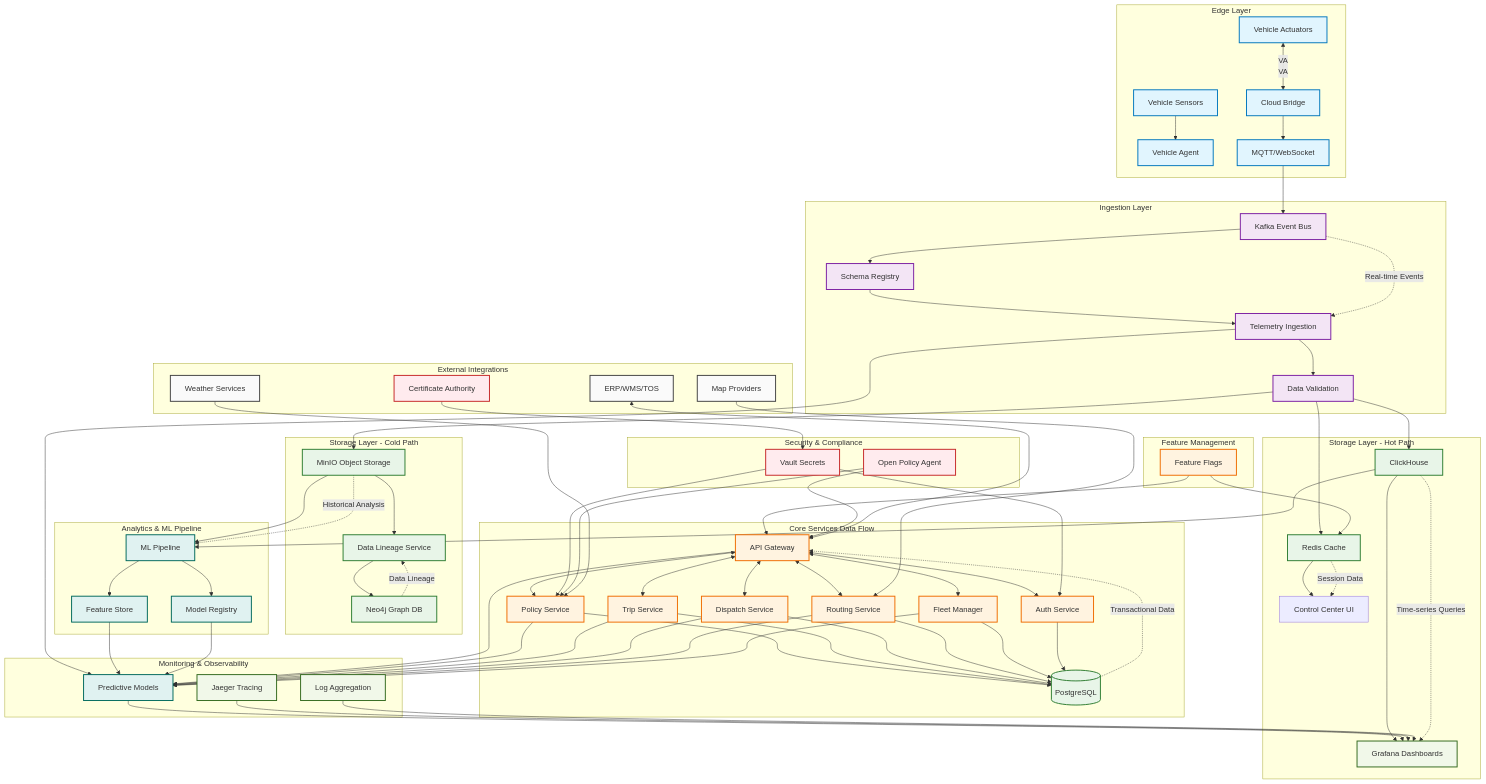
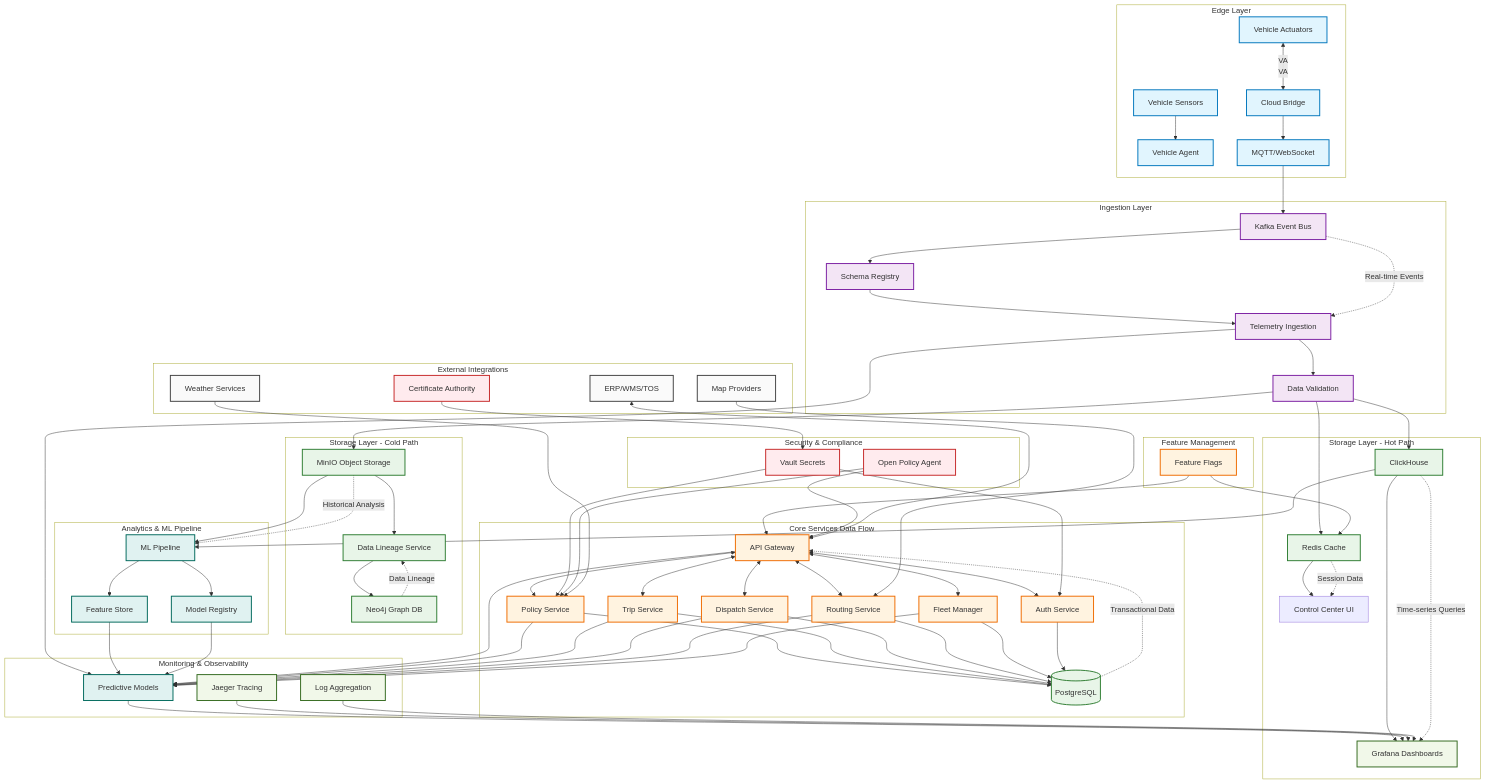
One commit to suprachakra/AtlasMesh-Fleet-OS changed the third of 5 diagrams in README.md. Above: the diagram before and after it, drawn with Mermaid. The commit also changed other lines of this file, not shown here.

````diff
--- a/README.md
+++ b/README.md
@@ -349,4 +354,15 @@
     class PM,JG,LG,GF monitoring
     class ERP,MAP,WX external
     class ML,FS,MR,PM analytics
+
+    style subGraph1 fill:transparent
+    style subGraph3 fill:transparent
+    style subGraph2 fill:transparent
+    style subGraph0 fill:transparent
+    style subGraph4 fill:transparent
+    style subGraph5 fill:transparent
+    style subGraph6 fill:transparent
+    style subGraph7 fill:transparent
+    style subGraph8 fill:transparent
+    style subGraph9 fill:transparent
 ```
````
